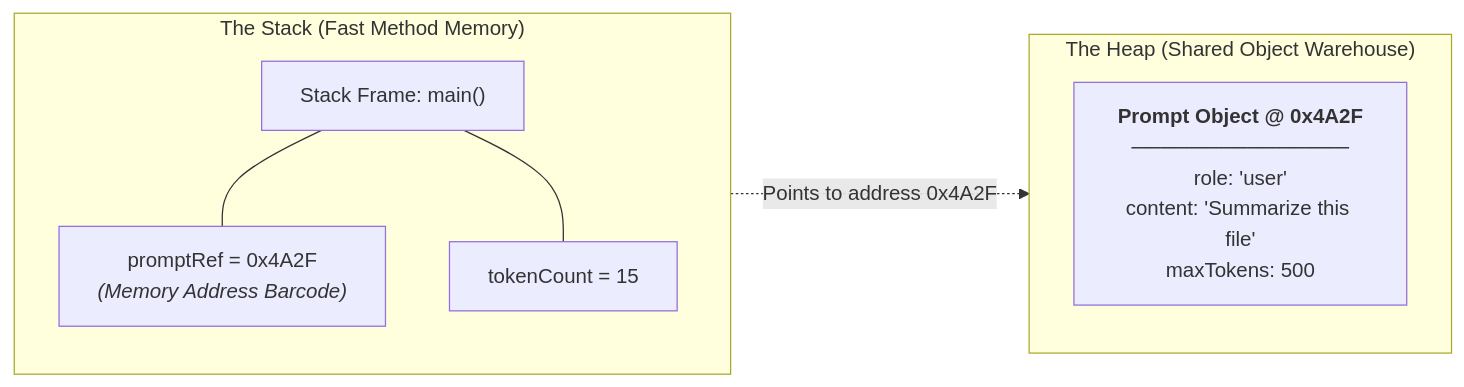
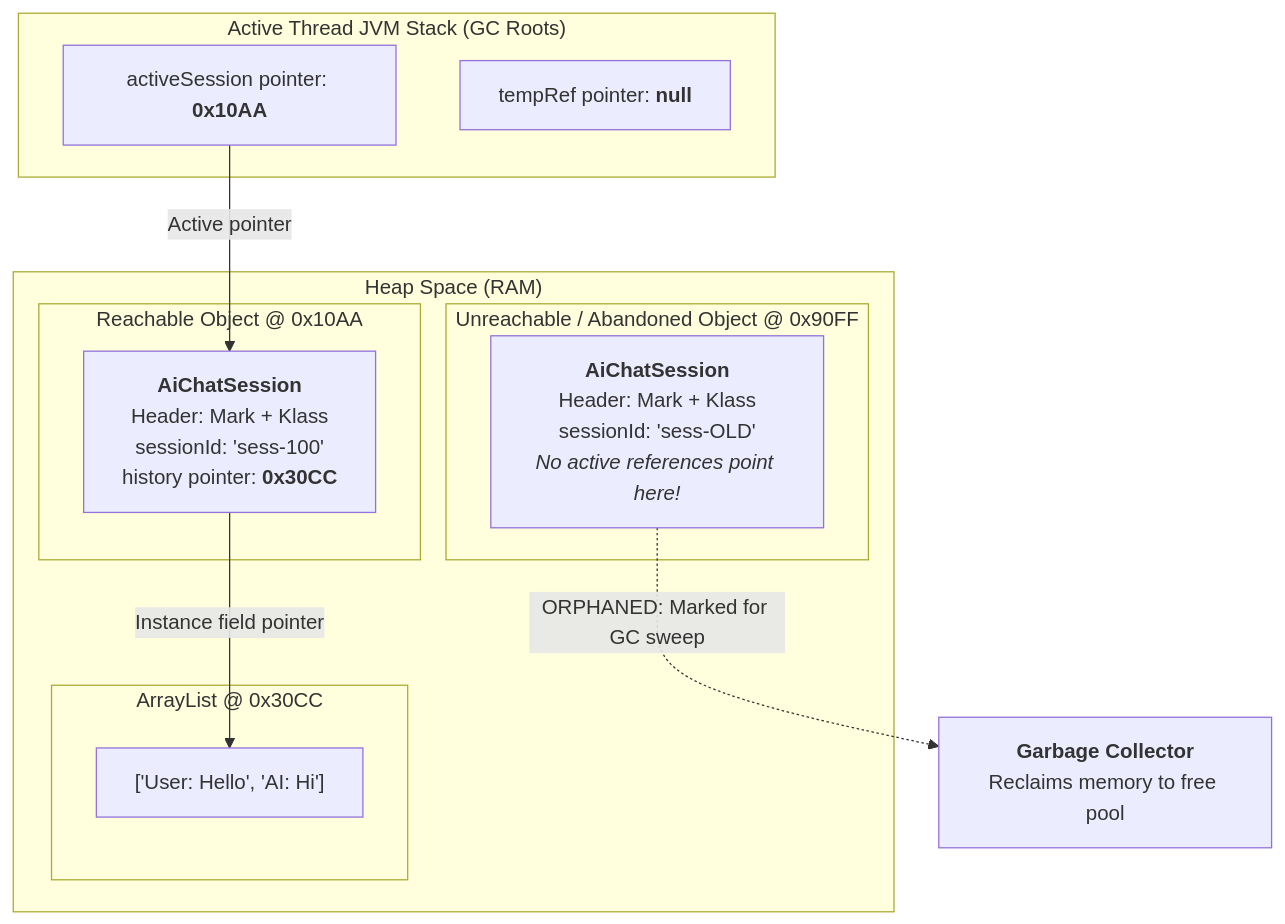
Before and after one commit to SrinuRenangi/Gen-AI-Java: the third of 3 diagrams in Phase_01_Java_Foundations/Day_02_OOP_Classes_Objects_Memory/Day_02_OOP_Classes_Objects_Memory.md, drawn with Mermaid. The commit also changed other lines of this file and 1 other file, not shown here.

Commit message:
docs(day02): restructure Day 02 into comprehensive OOP, object lifecycle and memory guide

````diff
--- a/Phase_01_Java_Foundations/Day_02_OOP_Classes_Objects_Memory/Day_02_OOP_Classes_Objects_Memory.md
+++ b/Phase_01_Java_Foundations/Day_02_OOP_Classes_Objects_Memory/Day_02_OOP_Classes_Objects_Memory.md
@@ -62,18 +283,25 @@
 ```mermaid
-flowchart LR
-    subgraph Stack ["The Stack (Fast Method Memory)"]
-        direction TB
-        SF["Stack Frame: main()"]
-        PTR["promptRef = 0x4A2F<br><i>(Memory Address Barcode)</i>"]
-        PRIMITIVE["tokenCount = 15"]
-        SF --- PTR
-        SF --- PRIMITIVE
+flowchart TD
+    subgraph StackFrame ["Active Thread JVM Stack (GC Roots)"]
+        R1["activeSession pointer: <b>0x10AA</b>"]
+        R2["tempRef pointer: <b>null</b>"]
     end
 
-    subgraph Heap ["The Heap (Shared Object Warehouse)"]
-        direction TB
-        OBJ["<b>Prompt Object @ 0x4A2F</b><br>───────────────<br>role: 'user'<br>content: 'Summarize this file'<br>maxTokens: 500"]
+    subgraph HeapMemory ["Heap Space (RAM)"]
+        subgraph ActiveObject ["Reachable Object @ 0x10AA"]
+            H_Active["<b>AiChatSession</b><br>Header: Mark + Klass<br>sessionId: 'sess-100'<br>history pointer: <b>0x30CC</b>"]
+        end
+
+        subgraph ActiveHistory ["ArrayList @ 0x30CC"]
+            H_Hist["['User: Hello', 'AI: Hi']"]
+        end
+
+        subgraph OrphanedObject ["Unreachable / Abandoned Object @ 0x90FF"]
+            H_Orphan["<b>AiChatSession</b><br>Header: Mark + Klass<br>sessionId: 'sess-OLD'<br><i>No active references point here!</i>"]
+        end
     end
 
-    PTR -.->|Points to address 0x4A2F| OBJ
+    R1 -->|Active pointer| H_Active
+    H_Active -->|Instance field pointer| H_Hist
+    H_Orphan -.->|ORPHANED: Marked for GC sweep| GC["<b>Garbage Collector</b><br>Reclaims memory to free pool"]
 ```
````
